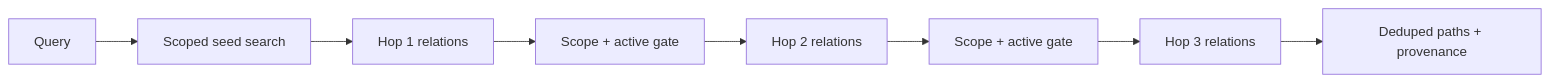
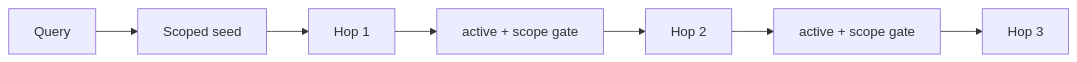
Before and after one commit to BongSuCHOI/memex: the second of 2 diagrams in docs/KNOWLEDGE-GRAPH.md, drawn with Mermaid. The commit also changed other lines of this file and 21 other files, not shown here.

````diff
--- a/docs/KNOWLEDGE-GRAPH.md
+++ b/docs/KNOWLEDGE-GRAPH.md
@@ -58,10 +86,9 @@
 ```mermaid
 flowchart LR
-    Q[Query] --> Seed[Scoped seed search]
-    Seed --> H1[Hop 1 relations]
-    H1 --> Gate1[Scope + active gate]
-    Gate1 --> H2[Hop 2 relations]
-    H2 --> Gate2[Scope + active gate]
-    Gate2 --> H3[Hop 3 relations]
-    H3 --> Result[Deduped paths + provenance]
+    Q[Query] --> S[Scoped seed]
+    S --> H1[Hop 1]
+    H1 --> G1[active + scope gate]
+    G1 --> H2[Hop 2]
+    H2 --> G2[active + scope gate]
+    G2 --> H3[Hop 3]
 ```
````
